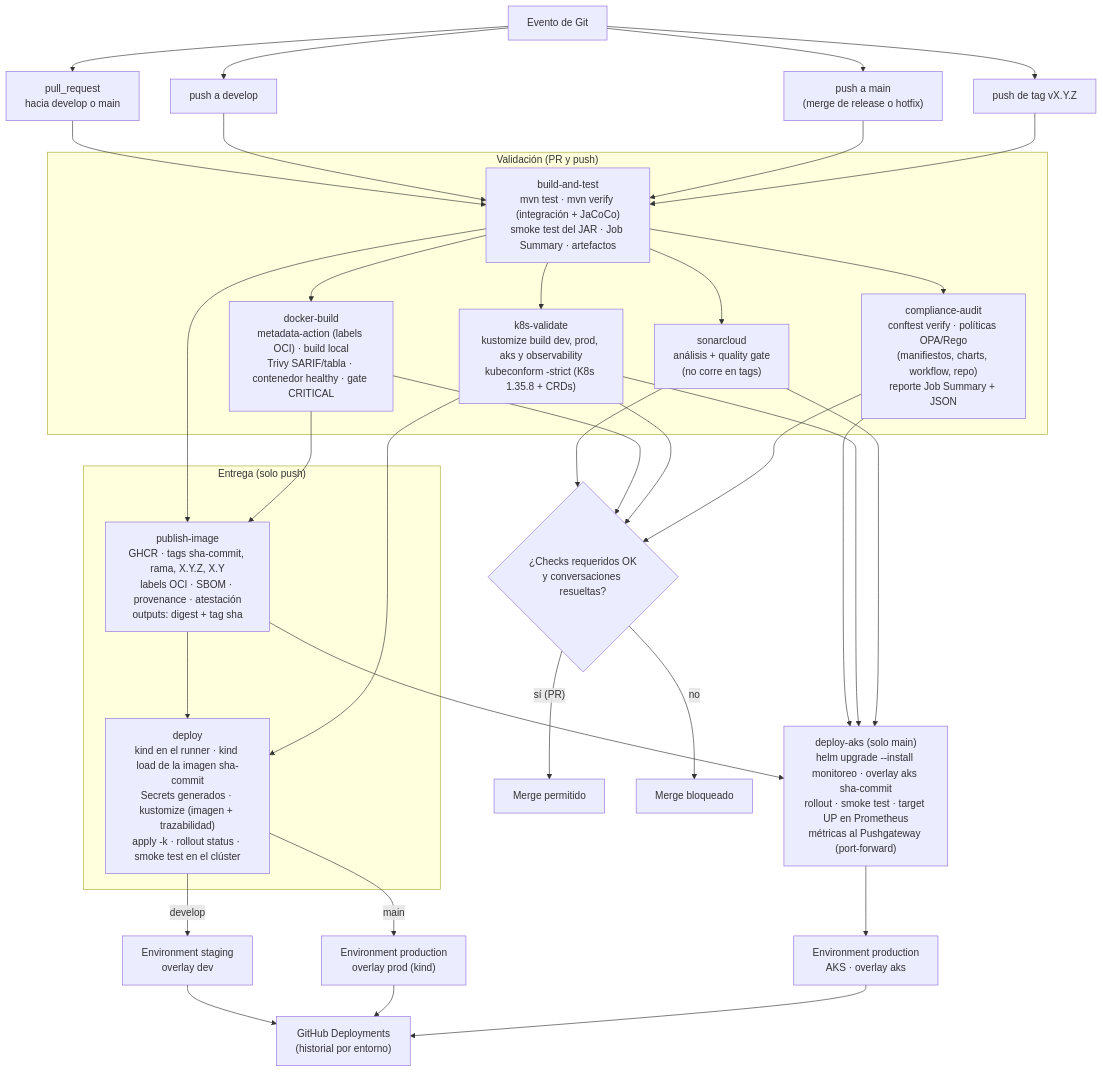
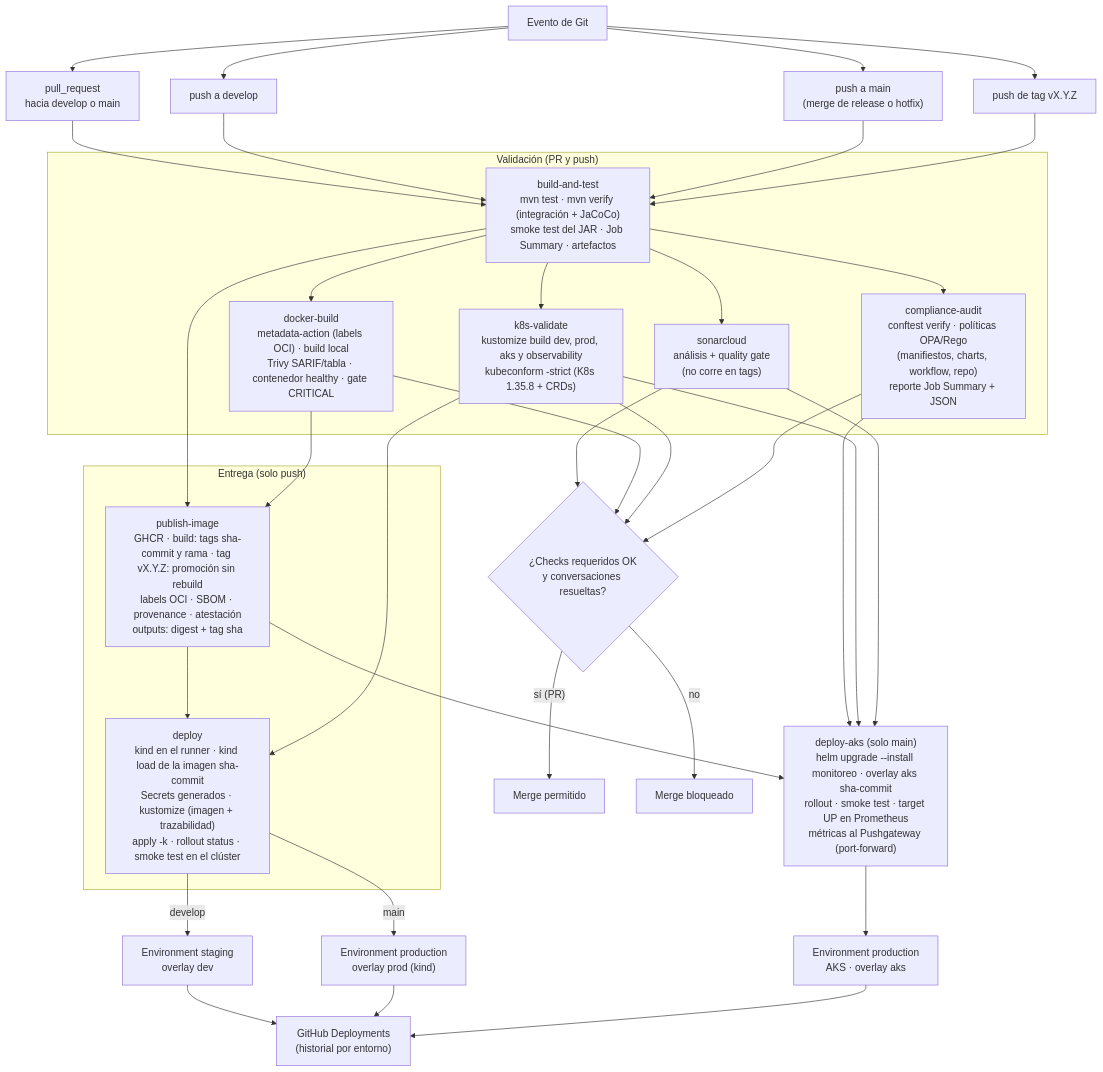
The second of 3 diagrams in docs/workflow.md (DGomezPalacios/charmeetchic_api), drawn with Mermaid before and after one commit. The commit also changed other lines of this file and 4 other files, not shown here.

First line of the commit message:
docs: documenta el incidente de sobrescritura del tag sha y la promoción inmutable

````diff
--- a/docs/workflow.md
+++ b/docs/workflow.md
@@ -74,35 +74,35 @@
 ```mermaid
 flowchart TD
     EV["Evento de Git"] --> EVPR["pull_request<br/>hacia develop o main"]
     EV --> EVD["push a develop"]
     EV --> EVM["push a main<br/>(merge de release o hotfix)"]
     EV --> EVT["push de tag vX.Y.Z"]
 
     EVPR & EVD & EVM & EVT --> BT
 
     subgraph VALIDACION["Validación (PR y push)"]
         BT["build-and-test<br/>mvn test · mvn verify (integración + JaCoCo)<br/>smoke test del JAR · Job Summary · artefactos"]
         BT --> SC["sonarcloud<br/>análisis + quality gate<br/>(no corre en tags)"]
         BT --> DB["docker-build<br/>metadata-action (labels OCI) · build local<br/>Trivy SARIF/tabla · contenedor healthy · gate CRITICAL"]
         BT --> KV["k8s-validate<br/>kustomize build dev, prod, aks y observability<br/>kubeconform -strict (K8s 1.35.8 + CRDs)"]
         BT --> CA["compliance-audit<br/>conftest verify · políticas OPA/Rego<br/>(manifiestos, charts, workflow, repo)<br/>reporte Job Summary + JSON"]
     end
 
     subgraph ENTREGA["Entrega (solo push)"]
-        PI["publish-image<br/>GHCR · tags sha-commit, rama, X.Y.Z, X.Y<br/>labels OCI · SBOM · provenance · atestación<br/>outputs: digest + tag sha"]
+        PI["publish-image<br/>GHCR · build: tags sha-commit y rama · tag vX.Y.Z: promoción sin rebuild<br/>labels OCI · SBOM · provenance · atestación<br/>outputs: digest + tag sha"]
         DE["deploy<br/>kind en el runner · kind load de la imagen sha-commit<br/>Secrets generados · kustomize (imagen + trazabilidad)<br/>apply -k · rollout status · smoke test en el clúster"]
     end
 
     BT & DB --> PI
     PI & KV --> DE
     PI & CA & KV & SC --> DA["deploy-aks (solo main)<br/>helm upgrade --install monitoreo · overlay aks sha-commit<br/>rollout · smoke test · target UP en Prometheus<br/>métricas al Pushgateway (port-forward)"]
 
     DE -->|"develop"| STG["Environment staging<br/>overlay dev"]
     DE -->|"main"| PRD["Environment production<br/>overlay prod (kind)"]
     DA --> AKS["Environment production<br/>AKS · overlay aks"]
     STG & PRD & AKS --> GD["GitHub Deployments<br/>(historial por entorno)"]
 
     SC & DB & KV & CA --> CK{"¿Checks requeridos OK<br/>y conversaciones resueltas?"}
     CK -->|"sí (PR)"| MG["Merge permitido"]
     CK -->|no| BL["Merge bloqueado"]
 ```
````
